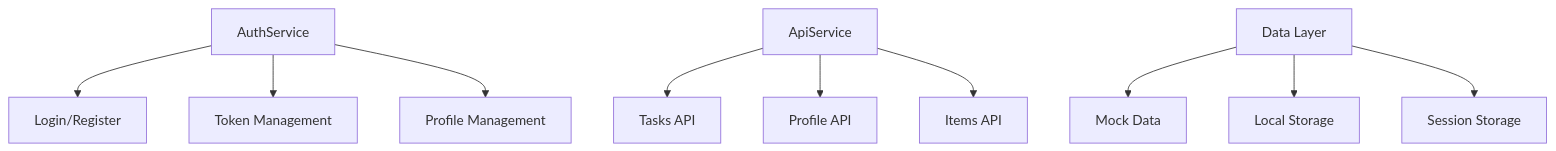
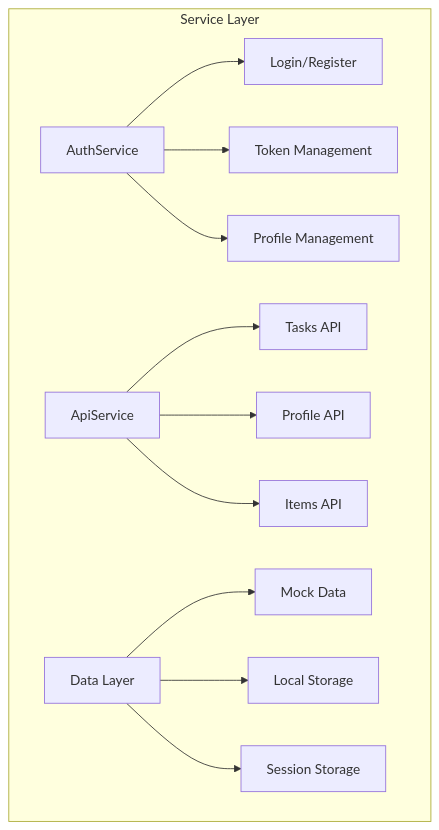
Diagram 19 of 20 in FRONTEND_ARCHITECTURE.md (ma1iik/PlayerOne), drawn with Mermaid before and after one commit. The commit also changed other lines of this file, not shown here.

````diff
--- a/FRONTEND_ARCHITECTURE.md
+++ b/FRONTEND_ARCHITECTURE.md
@@ -478,14 +486,16 @@
 ```mermaid
 graph TB
-    A[AuthService] --> B[Login/Register]
-    A --> C[Token Management]
-    A --> D[Profile Management]
-    
-    E[ApiService] --> F[Tasks API]
-    E --> G[Profile API]
-    E --> H[Items API]
-    
-    I[Data Layer] --> J[Mock Data]
-    I --> K[Local Storage]
-    I --> L[Session Storage]
+    subgraph "Service Layer"
+        A[AuthService] --> B[Login/Register]
+        A --> C[Token Management]
+        A --> D[Profile Management]
+        
+        E[ApiService] --> F[Tasks API]
+        E --> G[Profile API]
+        E --> H[Items API]
+        
+        I[Data Layer] --> J[Mock Data]
+        I --> K[Local Storage]
+        I --> L[Session Storage]
+    end
 ```
````
